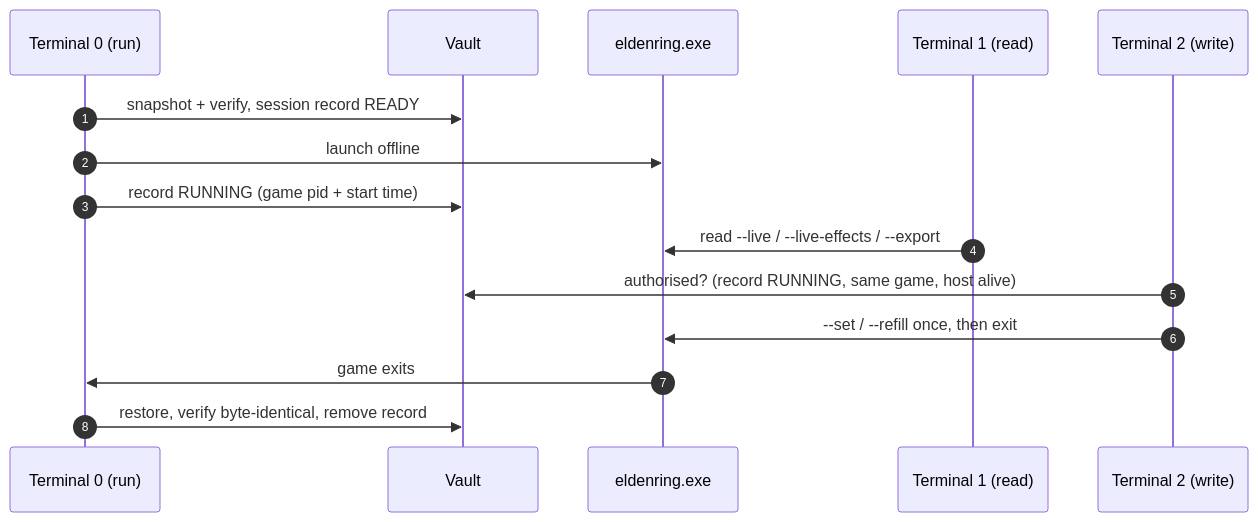
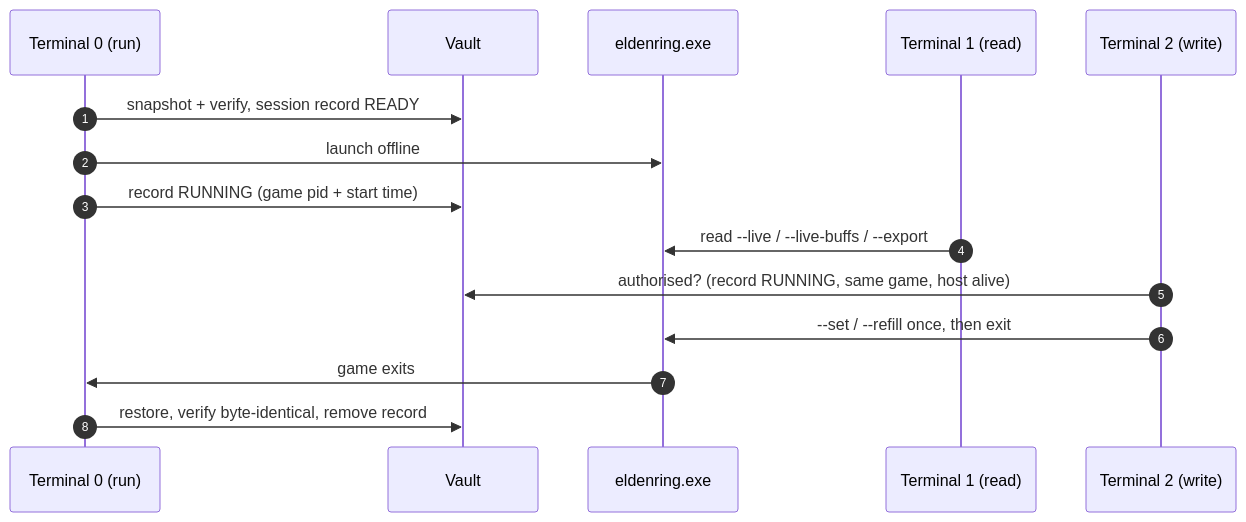
Before and after one commit to publicwasant/Elden-Disk: the diagram in README.md, drawn with Mermaid. The commit also changed other lines of this file and 43 other files, not shown here.

````diff
--- a/README.md
+++ b/README.md
@@ -25,18 +25,18 @@
 ```mermaid
 sequenceDiagram
     autonumber
     participant T0 as Terminal 0 (run)
     participant V as Vault
     participant G as eldenring.exe
     participant T1 as Terminal 1 (read)
     participant T2 as Terminal 2 (write)
 
     T0->>V: snapshot + verify, session record READY
     T0->>G: launch offline
     T0->>V: record RUNNING (game pid + start time)
-    T1->>G: read --live / --live-effects / --export
+    T1->>G: read --live / --live-buffs / --export
     T2->>V: authorised? (record RUNNING, same game, host alive)
     T2->>G: --set / --refill once, then exit
     G->>T0: game exits
     T0->>V: restore, verify byte-identical, remove record
 ```
````
